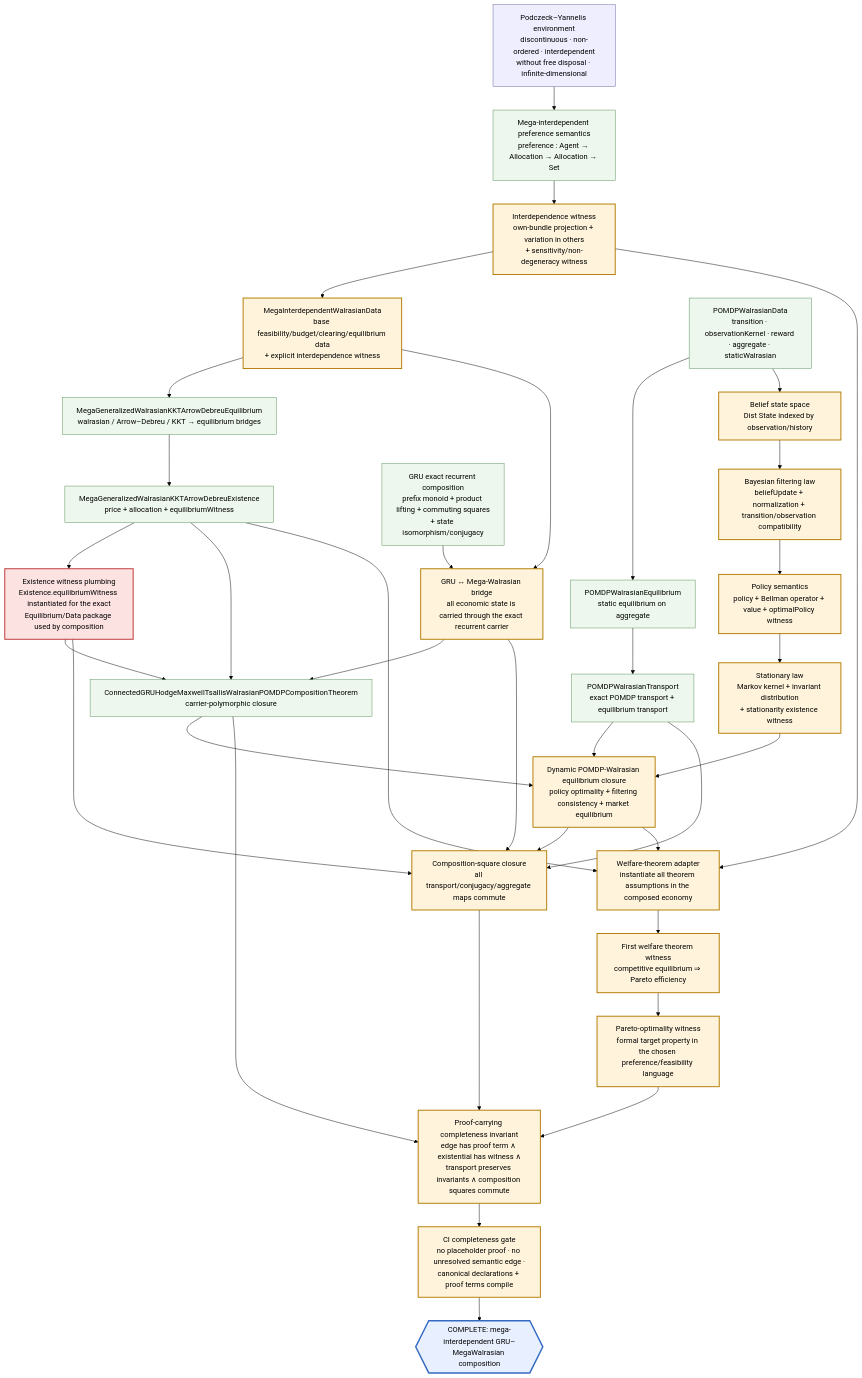
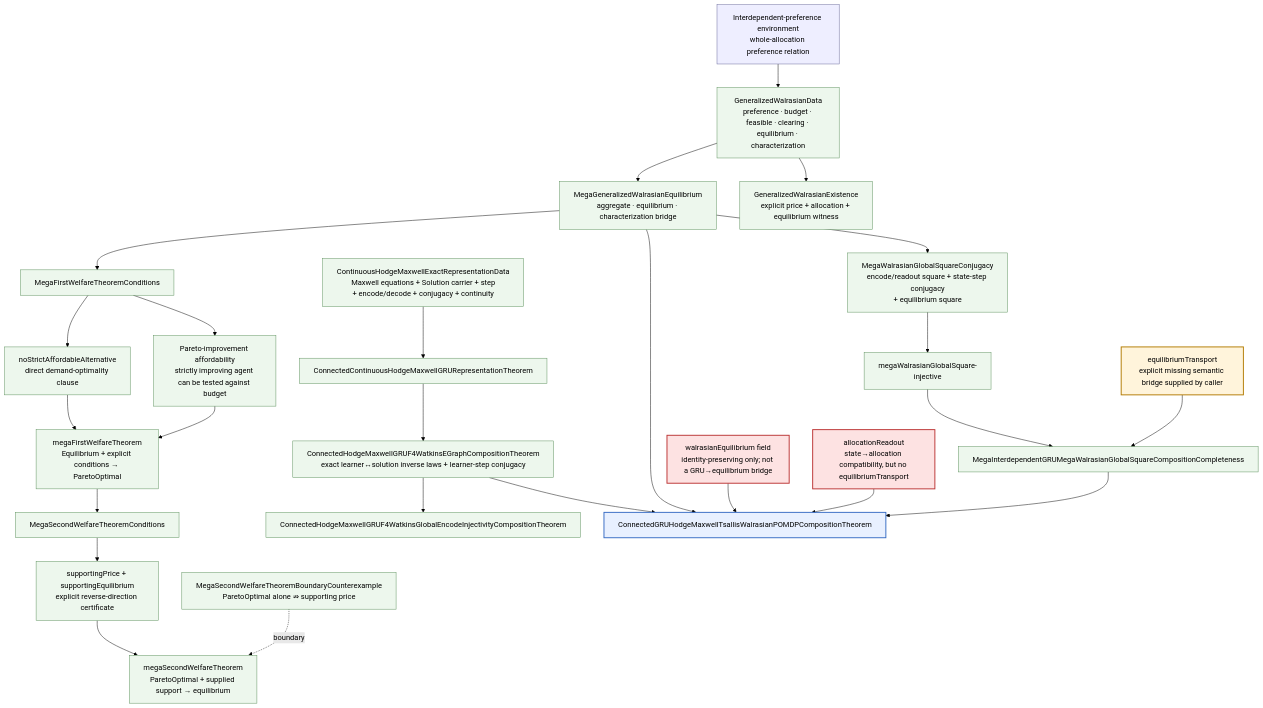
The diagram in .ci/discovery/mega-interdependent-gru-megawalrasian-completeness.md (JohnChristianD/Actions), drawn with Mermaid (forest theme) before and after one commit. The commit also changed other lines of this file, not shown here.

Commit message:
Refine welfare and GRU-Maxwell dependency graph

````diff
--- a/.ci/discovery/mega-interdependent-gru-megawalrasian-completeness.md
+++ b/.ci/discovery/mega-interdependent-gru-megawalrasian-completeness.md
@@ -3,60 +3,60 @@
 ```mermaid
 flowchart TD
-  PY["Podczeck–Yannelis environment<br/>discontinuous · non-ordered · interdependent<br/>without free disposal · infinite-dimensional"]:::source
-  P0["Mega-interdependent preference semantics<br/>preference : Agent → Allocation → Allocation → Set"]:::existing
-  P1["Interdependence witness<br/>own-bundle projection + variation in others<br/>+ sensitivity/non-degeneracy witness"]:::missing
-  W0["MegaInterdependentWalrasianData<br/>base feasibility/budget/clearing/equilibrium data<br/>+ explicit interdependence witness"]:::missing
-  W1["MegaGeneralizedWalrasianKKTArrowDebreuEquilibrium<br/>walrasian / Arrow–Debreu / KKT → equilibrium bridges"]:::existing
-  W2["MegaGeneralizedWalrasianKKTArrowDebreuExistence<br/>price + allocation + equilibriumWitness"]:::existing
-  W3["Existence witness plumbing<br/>Existence.equilibriumWitness instantiated for the exact<br/>Equilibrium/Data package used by composition"]:::blocking
+  PY["Interdependent-preference environment<br/>whole-allocation preference relation"]:::source
 
-  G0["GRU exact recurrent composition<br/>prefix monoid + product lifting + commuting squares<br/>+ state isomorphism/conjugacy"]:::existing
-  G1["GRU ↔ Mega-Walrasian bridge<br/>all economic state is carried through the exact recurrent carrier"]:::missing
-  G2["ConnectedGRUHodgeMaxwellTsallisWalrasianPOMDPCompositionTheorem<br/>carrier-polymorphic closure"]:::existing
+  P0["MegaGeneralizedWalrasianEquilibrium<br/>aggregate · equilibrium · characterization bridge"]:::existing
+  D0["GeneralizedWalrasianData<br/>preference · budget · feasible · clearing · equilibrium · characterization"]:::existing
+  E0["GeneralizedWalrasianExistence<br/>explicit price + allocation + equilibrium witness"]:::existing
 
-  R0["POMDPWalrasianData<br/>transition · observationKernel · reward · aggregate · staticWalrasian"]:::existing
-  R1["POMDPWalrasianEquilibrium<br/>static equilibrium on aggregate"]:::existing
-  R2["POMDPWalrasianTransport<br/>exact POMDP transport + equilibrium transport"]:::existing
-  R3["Belief state space<br/>Dist State indexed by observation/history"]:::missing
-  R4["Bayesian filtering law<br/>beliefUpdate + normalization + transition/observation compatibility"]:::missing
-  R5["Policy semantics<br/>policy + Bellman operator + value + optimalPolicy witness"]:::missing
-  R6["Stationary law<br/>Markov kernel + invariant distribution<br/>+ stationarity existence witness"]:::missing
-  R7["Dynamic POMDP-Walrasian equilibrium closure<br/>policy optimality + filtering consistency + market equilibrium"]:::missing
+  F0["MegaFirstWelfareTheoremConditions"]:::existing
+  F1["noStrictAffordableAlternative<br/>direct demand-optimality clause"]:::existing
+  F2["Pareto-improvement affordability<br/>strictly improving agent can be tested against budget"]:::existing
+  F3["megaFirstWelfareTheorem<br/>Equilibrium + explicit conditions → ParetoOptimal"]:::existing
 
-  X0["Welfare-theorem adapter<br/>instantiate all theorem assumptions in the composed economy"]:::missing
-  X1["First welfare theorem witness<br/>competitive equilibrium ⇒ Pareto efficiency"]:::missing
-  X2["Pareto-optimality witness<br/>formal target property in the chosen preference/feasibility language"]:::missing
+  S0["MegaSecondWelfareTheoremConditions"]:::existing
+  S1["supportingPrice + supportingEquilibrium<br/>explicit reverse-direction certificate"]:::existing
+  S2["megaSecondWelfareTheorem<br/>ParetoOptimal + supplied support → equilibrium"]:::existing
+  S3["MegaSecondWelfareTheoremBoundaryCounterexample<br/>ParetoOptimal alone ⇏ supporting price"]:::existing
 
-  C0["Composition-square closure<br/>all transport/conjugacy/aggregate maps commute"]:::missing
-  C1["Proof-carrying completeness invariant<br/>edge has proof term ∧ existential has witness ∧<br/>transport preserves invariants ∧ composition squares commute"]:::missing
-  C2["CI completeness gate<br/>no placeholder proof · no unresolved semantic edge ·<br/>canonical declarations + proof terms compile"]:::missing
-  FINAL{{"COMPLETE: mega-interdependent GRU–MegaWalrasian composition"}}:::final
+  G0["MegaWalrasianGlobalSquareConjugacy<br/>encode/readout square + state-step conjugacy<br/>+ equilibrium square"]:::existing
+  G1["megaWalrasianGlobalSquare-injective"]:::existing
+  G2["MegaInterdependentGRUMegaWalrasianGlobalSquareCompositionCompleteness"]:::existing
+  G3["equilibriumTransport<br/>explicit missing semantic bridge supplied by caller"]:::required
 
-  PY --> P0 --> P1 --> W0 --> W1 --> W2 --> W3
+  H0["ContinuousHodgeMaxwellExactRepresentationData<br/>Maxwell equations + Solution carrier + step<br/>+ encode/decode + conjugacy + continuity"]:::existing
+  H1["ConnectedContinuousHodgeMaxwellGRURepresentationTheorem"]:::existing
+  H2["ConnectedHodgeMaxwellGRUF4WatkinsEGraphCompositionTheorem<br/>exact learner↔solution inverse laws + learner-step conjugacy"]:::existing
+  H3["ConnectedHodgeMaxwellGRUF4WatkinsGlobalEncodeInjectivityCompositionTheorem"]:::existing
+
+  U0["ConnectedGRUHodgeMaxwellTsallisWalrasianPOMDPCompositionTheorem"]:::boundary
+  U1["walrasianEquilibrium field<br/>identity-preserving only; not a GRU→equilibrium bridge"]:::warning
+  U2["allocationReadout<br/>state→allocation compatibility, but no equilibriumTransport"]:::warning
+
+  PY --> D0 --> P0
+  D0 --> E0
+  P0 --> G0
   G0 --> G1 --> G2
-  W0 --> G1
-  W2 --> G2
-  W3 --> G2
-  R0 --> R1 --> R2
-  R0 --> R3 --> R4 --> R5 --> R6 --> R7
-  R2 --> R7
-  G2 --> R7
-  G1 --> C0
-  R2 --> C0
-  W3 --> C0
-  R7 --> C0
-  C0 --> C1
-  X0 --> X1 --> X2
-  R7 --> X0
-  W2 --> X0
-  P1 --> X0
-  X2 --> C1
-  G2 --> C1
-  C1 --> C2 --> FINAL
+  G3 --> G2
+
+  F0 --> F1 --> F3
+  F0 --> F2 --> F3
+  P0 --> F0
+
+  S0 --> S1 --> S2
+  S3 -. boundary .-> S2
+  F3 --> S0
+
+  H0 --> H1 --> H2 --> H3
+  H2 --> U0
+  P0 --> U0
+  U1 --> U0
+  U2 --> U0
+
+  G2 --> U0
 
   classDef source fill:#eef,stroke:#669,stroke-width:1px;
   classDef existing fill:#edf7ed,stroke:#5a8f5a,stroke-width:1px;
-  classDef missing fill:#fff4db,stroke:#b27a00,stroke-width:2px;
-  classDef blocking fill:#fde2e2,stroke:#b33,stroke-width:2px;
-  classDef final fill:#e8f0ff,stroke:#356ac3,stroke-width:3px;
+  classDef required fill:#fff4db,stroke:#b27a00,stroke-width:2px;
+  classDef boundary fill:#e8f0ff,stroke:#356ac3,stroke-width:2px;
+  classDef warning fill:#fde2e2,stroke:#b33,stroke-width:2px;
 ```
````
